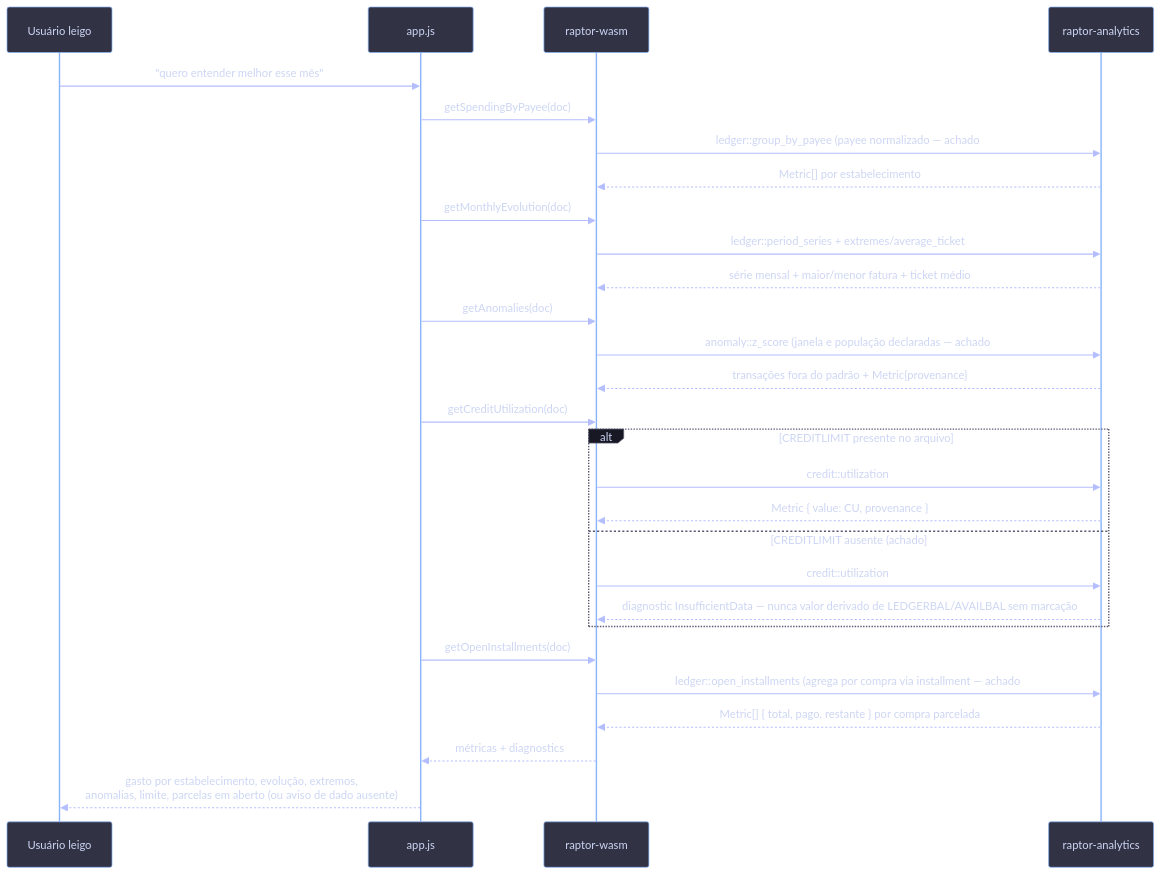
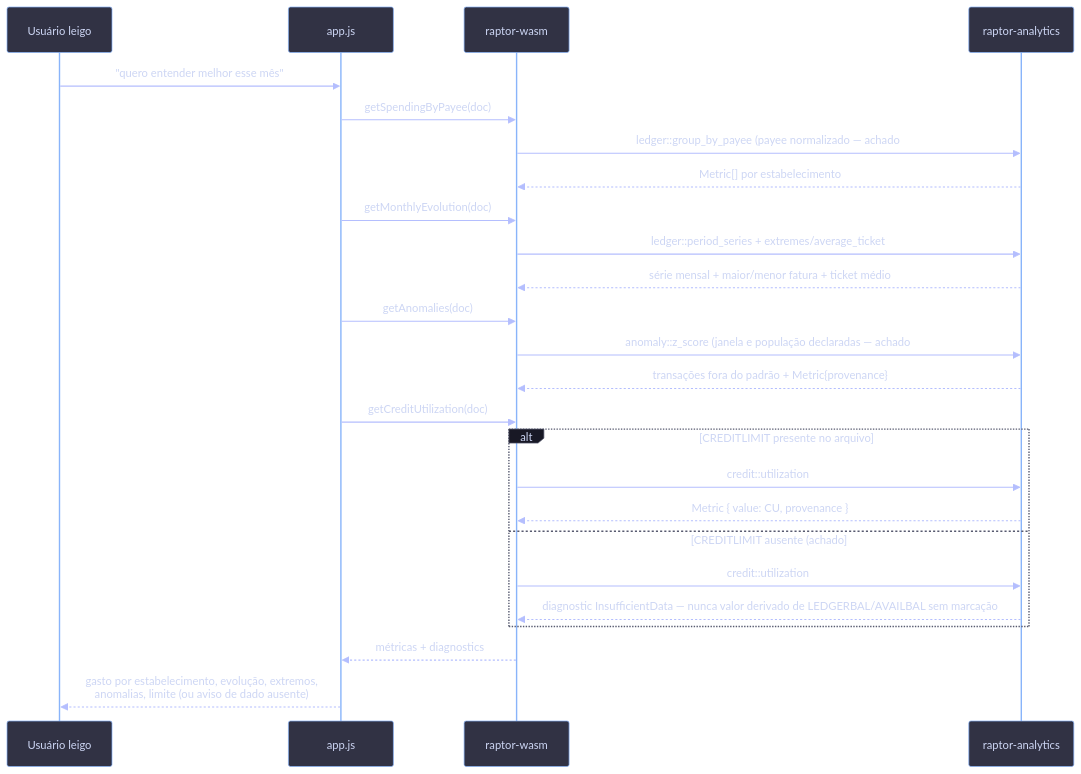
Before and after one commit to fossio/raptor: the fifth of 10 diagrams in docs/discovery-ofx-rust-wasm.md, drawn with Mermaid. The commit also changed other lines of this file and 4 other files, not shown here.

First line of the commit message:
docs: reverter achado #76 (campo installment) e fechar CSV como "não decidir agora"

````diff
--- a/docs/discovery-ofx-rust-wasm.md
+++ b/docs/discovery-ofx-rust-wasm.md
@@ -633,32 +631,29 @@
 ```mermaid
 %%{init: {'theme':'base','themeVariables':{'background':'#1e1e2e','primaryColor':'#313244','primaryTextColor':'#cdd6f4','primaryBorderColor':'#89b4fa','lineColor':'#b4befe','actorBkg':'#313244','actorBorder':'#89b4fa','actorTextColor':'#cdd6f4','signalColor':'#b4befe','signalTextColor':'#cdd6f4','labelBoxBkgColor':'#181825','labelBoxBorderColor':'#585b70','noteBkgColor':'#45475a','noteTextColor':'#cdd6f4','fontFamily':'monospace'}}}%%
 sequenceDiagram
     participant U as Usuário leigo
     participant JS as app.js
     participant W as raptor-wasm
     participant A as raptor-analytics
 
     U->>JS: "quero entender melhor esse mês"
     JS->>W: getSpendingByPayee(doc)
     W->>A: ledger::group_by_payee (payee normalizado — achado #81)
     A-->>W: Metric[] por estabelecimento
     JS->>W: getMonthlyEvolution(doc)
     W->>A: ledger::period_series + extremes/average_ticket
     A-->>W: série mensal + maior/menor fatura + ticket médio
     JS->>W: getAnomalies(doc)
     W->>A: anomaly::z_score (janela e população declaradas — achado #70)
     A-->>W: transações fora do padrão + Metric{provenance}
     JS->>W: getCreditUtilization(doc)
     alt CREDITLIMIT presente no arquivo
         W->>A: credit::utilization
         A-->>W: Metric { value: CU, provenance }
     else CREDITLIMIT ausente (achado #59)
         W->>A: credit::utilization
         A-->>W: diagnostic InsufficientData — nunca valor derivado de LEDGERBAL/AVAILBAL sem marcação
     end
-    JS->>W: getOpenInstallments(doc)
-    W->>A: ledger::open_installments (agrega por compra via installment — achado #76)
-    A-->>W: Metric[] { total, pago, restante } por compra parcelada
     W-->>JS: métricas + diagnostics
-    JS-->>U: gasto por estabelecimento, evolução, extremos,<br/>anomalias, limite, parcelas em aberto (ou aviso de dado ausente)
+    JS-->>U: gasto por estabelecimento, evolução, extremos,<br/>anomalias, limite (ou aviso de dado ausente)
 ```
````
